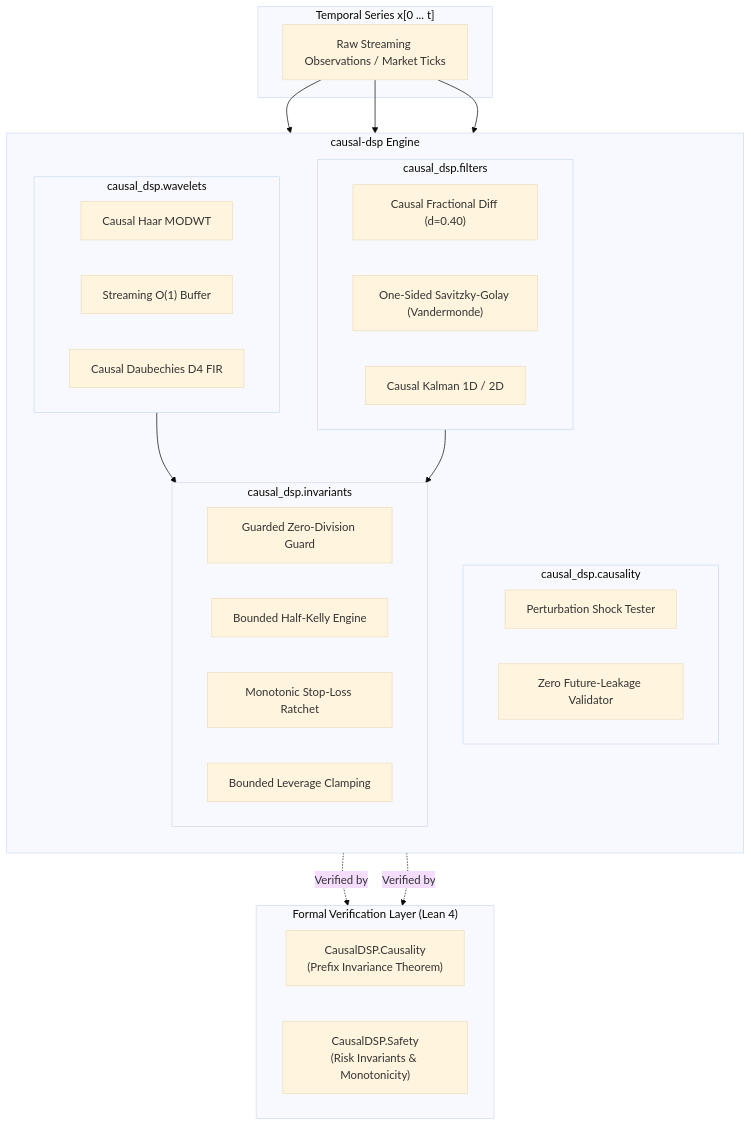
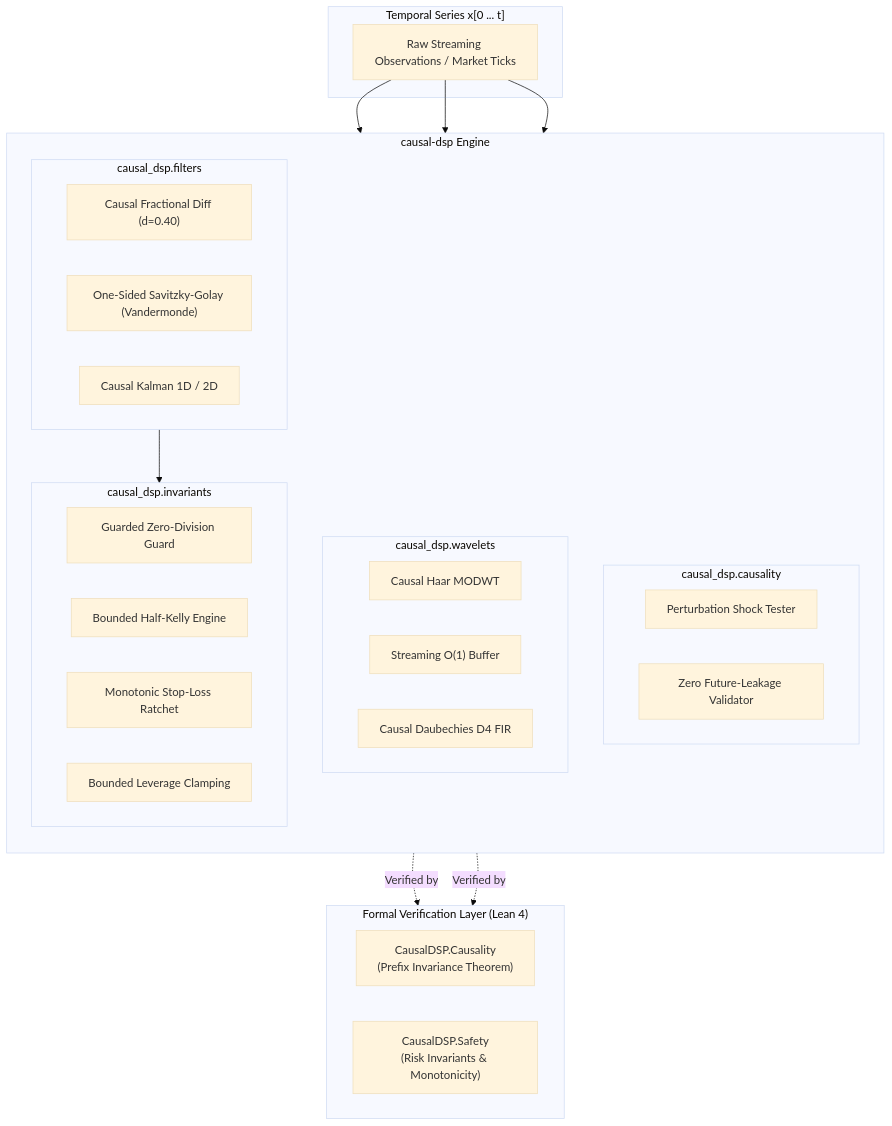
Before and after one commit to abubakar293/causal-dsp: the diagram in README.md, drawn with Mermaid (base theme). The commit also changed other lines of this file and 11 other files, not shown here.

````diff
--- a/README.md
+++ b/README.md
@@ -60,44 +60,43 @@
 ```mermaid
 flowchart TD
     subgraph Input ["Temporal Series x[0 ... t]"]
         RawStream["Raw Streaming Observations / Market Ticks"]
     end
 
     subgraph CausalDSP ["causal-dsp Engine"]
         direction TB
         subgraph ModCausality ["causal_dsp.causality"]
             PShock["Perturbation Shock Tester"]
             FutLeak["Zero Future-Leakage Validator"]
         end
         subgraph ModWavelets ["causal_dsp.wavelets"]
             HaarMODWT["Causal Haar MODWT"]
             HaarBuf["Streaming O(1) Buffer"]
             D4["Causal Daubechies D4 FIR"]
         end
         subgraph ModFilters ["causal_dsp.filters"]
             FracDiff["Causal Fractional Diff (d=0.40)"]
             OneSideSG["One-Sided Savitzky-Golay (Vandermonde)"]
             KalmanState["Causal Kalman 1D / 2D"]
         end
         subgraph ModInvariants ["causal_dsp.invariants"]
             GuardedDiv["Guarded Zero-Division Guard"]
             KellyCap["Bounded Half-Kelly Engine"]
             MonoRatchet["Monotonic Stop-Loss Ratchet"]
             LevClamp["Bounded Leverage Clamping"]
         end
     end
 
     subgraph FormalProofs ["Formal Verification Layer (Lean 4)"]
         direction LR
         LeanCausality["CausalDSP.Causality\n(Prefix Invariance Theorem)"]
         LeanSafety["CausalDSP.Safety\n(Risk Invariants & Monotonicity)"]
     end
 
     RawStream --> ModCausality
     RawStream --> ModWavelets
     RawStream --> ModFilters
-    ModWavelets --> ModInvariants
     ModFilters --> ModInvariants
     ModCausality -. Verified by .-> LeanCausality
     ModInvariants -. Verified by .-> LeanSafety
 ```
````
